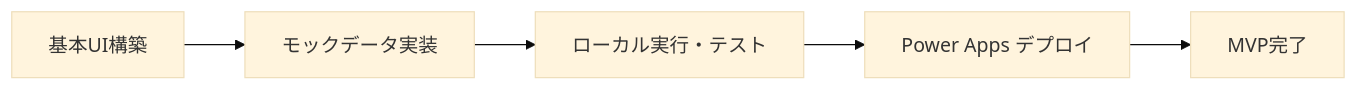
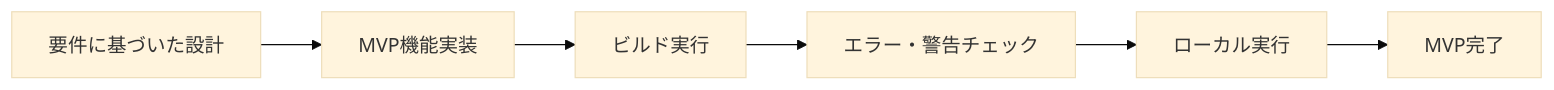
The third of 11 diagrams in README.md (PLUG365/DecisionFlow), drawn with Mermaid (base theme) before and after one commit. The commit also changed other lines of this file, not shown here.

Commit message:
PowerProvider基盤を保護しながら、段階的にMVP→本番デプロイ→機能拡張へと安全に進める開発標準が完成しました。

````diff
--- a/README.md
+++ b/README.md
@@ -28,7 +38,8 @@
 ```mermaid
 graph LR
-    A[基本UI構築] --> B[モックデータ実装]
-    B --> C[ローカル実行・テスト]
-    C --> D[Power Apps デプロイ]
-    D --> E[MVP完了]
+    A[要件に基づいた設計] --> B[MVP機能実装]
+    B --> C[ビルド実行]
+    C --> D[エラー・警告チェック]
+    D --> E[ローカル実行]
+    E --> F[MVP完了]
 ```
````
